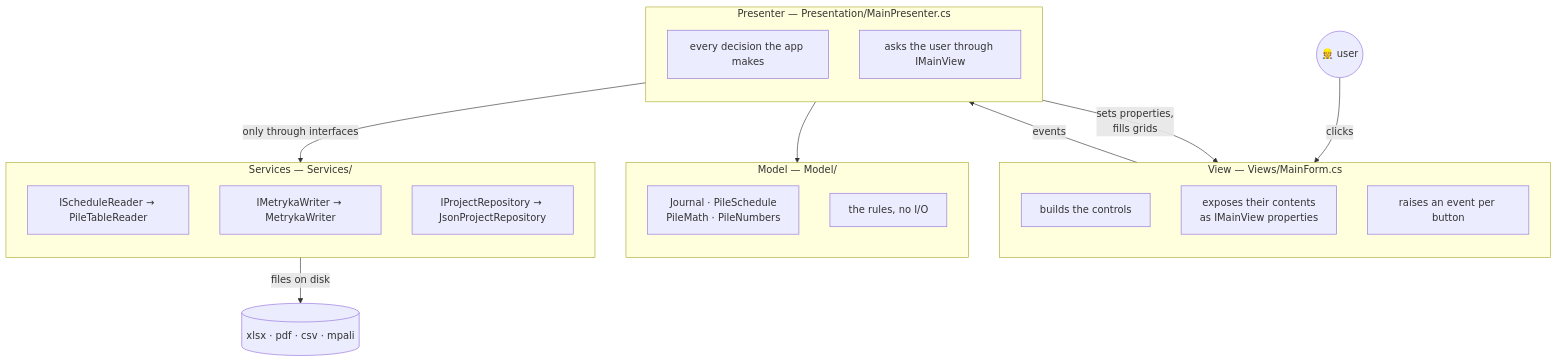
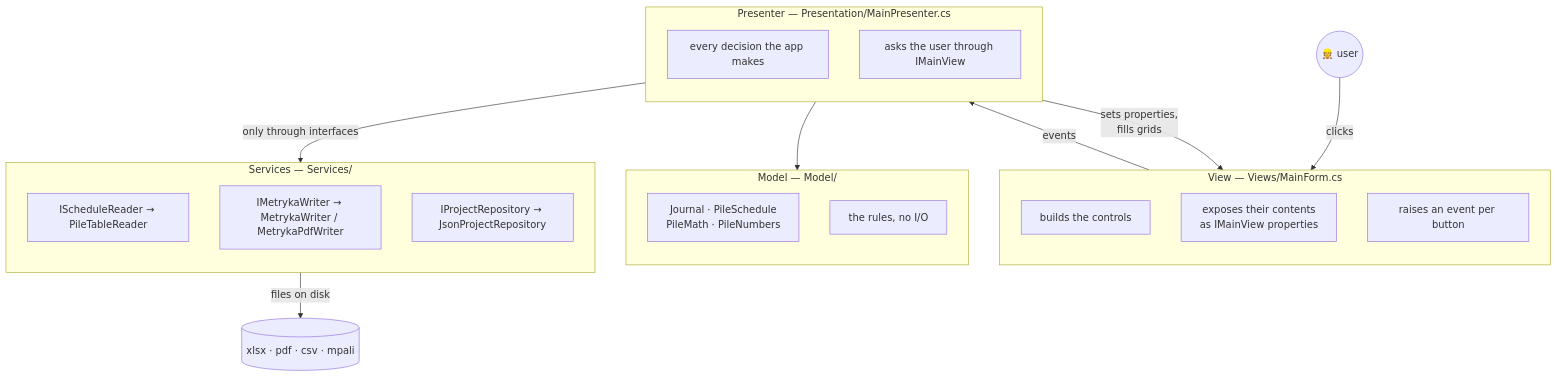
One commit to Zaksor/KamilPile changed the third of 3 diagrams in README.md. Above: the diagram before and after it, drawn with Mermaid. The commit also changed other lines of this file and 13 other files, not shown here.

````diff
--- a/README.md
+++ b/README.md
@@ -242,37 +246,37 @@
 ```mermaid
 flowchart TB
     U(("👷 user"))
 
     subgraph VIEW["View — Views/MainForm.cs"]
         direction TB
         V1["builds the controls"]
         V2["exposes their contents<br/>as IMainView properties"]
         V3["raises an event per button"]
     end
 
     subgraph PRES["Presenter — Presentation/MainPresenter.cs"]
         direction TB
         P1["every decision the app makes"]
         P2["asks the user through IMainView"]
     end
 
     subgraph MODEL["Model — Model/"]
         direction TB
         M1["Journal · PileSchedule<br/>PileMath · PileNumbers"]
         M2["the rules, no I/O"]
     end
 
     subgraph SVC["Services — Services/"]
         direction TB
         S1["IScheduleReader → PileTableReader"]
-        S2["IMetrykaWriter → MetrykaWriter"]
+        S2["IMetrykaWriter → MetrykaWriter / MetrykaPdfWriter"]
         S3["IProjectRepository → JsonProjectRepository"]
     end
 
     U -->|clicks| VIEW
     VIEW -->|"events"| PRES
     PRES -->|"sets properties,<br/>fills grids"| VIEW
     PRES --> MODEL
     PRES -->|"only through interfaces"| SVC
     SVC -->|"files on disk"| D[("xlsx · pdf · csv · mpali")]
 ```
````
